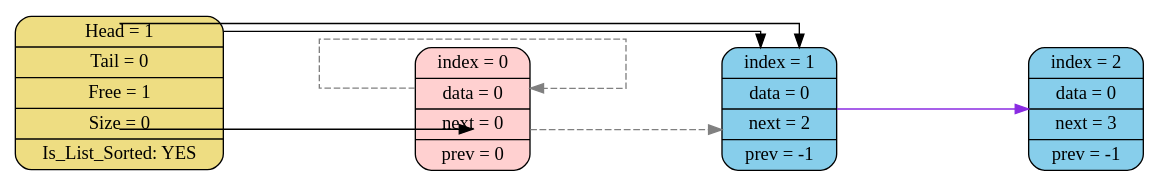
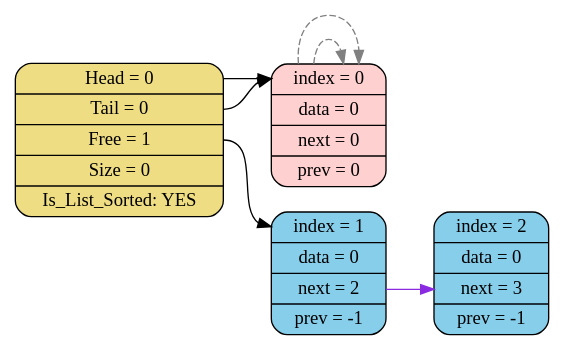
Before and after one commit to Pelmeshka127/List: the diagram in List_On_Idexes/graphics/graph.dot, drawn with Graphviz. The commit also changed 41 other files, not shown here.

```diff
--- a/List_On_Idexes/graphics/graph.dot
+++ b/List_On_Idexes/graphics/graph.dot
@@ -1,18 +1,16 @@
 digraph List
 {
   rankdir = LR;
-  splines = ortho;
-  ranksep = 2;
   node[fontsize=14];
   edge[color="black",fontcolor="blue",fontsize=12];
-  header[shape = Mrecord, style = filled, fillcolor = "lightgoldenrod",label = " <head> Head = 1 | <tail> Tail = 0 | <free> Free = 1 | <size> Size = 0 | Is_List_Sorted: YES"];
-  node0  -> node1[color = "webgray", style = "dashed"];
+  header[shape = Mrecord, style = filled, fillcolor = "lightgoldenrod",label = " <head> Head = 0 | <tail> Tail = 0 | <free> Free = 1 | <size> Size = 0 | Is_List_Sorted: YES"];
+  node0  -> node0[color = "webgray", style = "dashed"];
   node0 -> node0 [color = "webgray", style = "dashed"];
   node0[shape = Mrecord, style = filled,label = " <index> index = 0 | data = 0 | <next_idx> next = 0 | <prev_idx> prev = 0",fillcolor = "#FFD0D0"];
   node1[shape = Mrecord, style = filled,label = " <index> index = 1 | data = 0 | <next_idx> next = 2 | <prev_idx> prev = -1",fillcolor = "skyblue"];
   node2[shape = Mrecord, style = filled,label = " <index> index = 2 | data = 0 | <next_idx> next = 3 | <prev_idx> prev = -1",fillcolor = "skyblue"];
   node1 : <next_idx> -> node2 : <next_idx> [color = "blueviolet"];
-  header : <head> -> node1 : <index> ;
+  header : <head> -> node0 : <index> ;
   header : <tail> -> node0 : <index> ;
   header : <free> -> node1 : <index>;
 }
```
